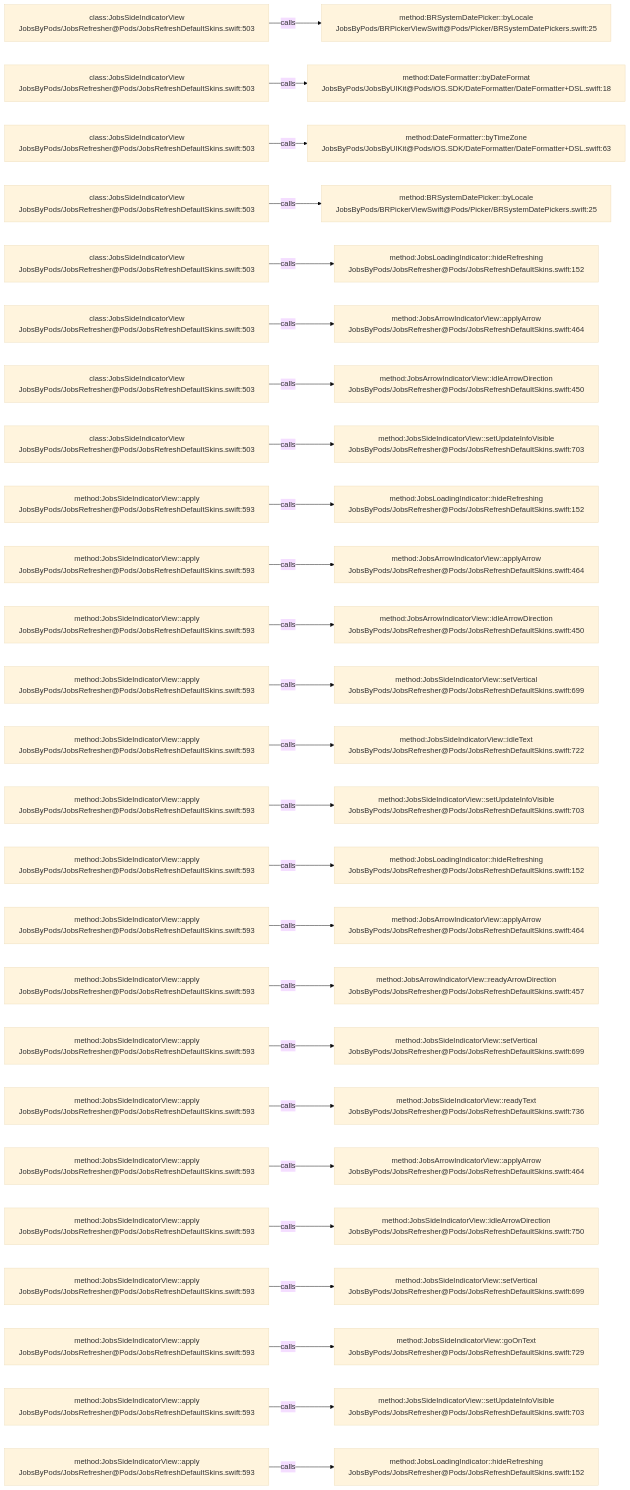
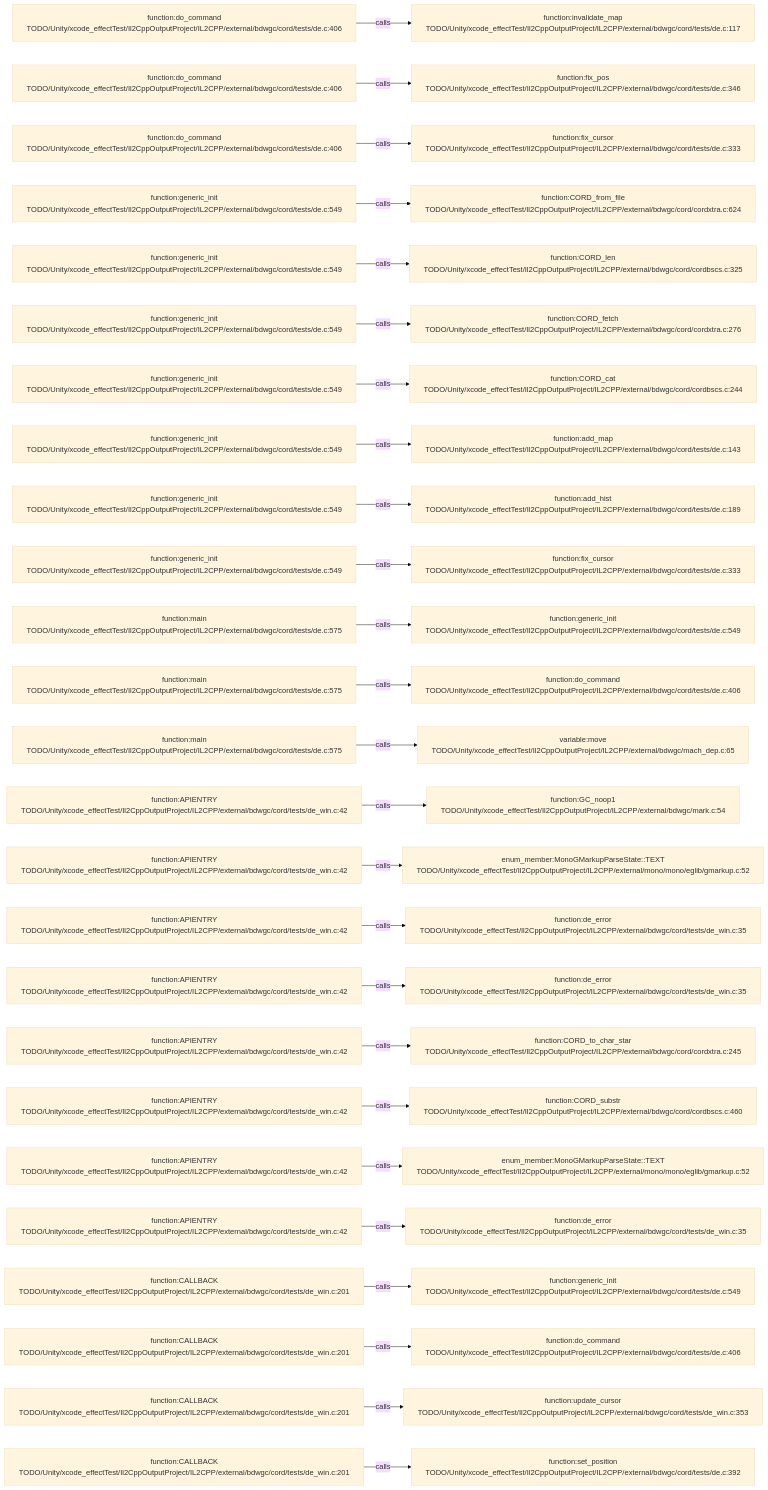
The diagram in .codegraph/codegraph.md/graphs/calls-162.md (JobsKits/JobsSwiftBaseConfigDemo), drawn with Mermaid (base theme) before and after one commit. The commit also changed 569 other files, not shown here.

````diff
--- a/.codegraph/codegraph.md/graphs/calls-162.md
+++ b/.codegraph/codegraph.md/graphs/calls-162.md
@@ -13,78 +13,78 @@
 ```mermaid
 flowchart LR
-  S1["class:JobsSideIndicatorView<br/>JobsByPods/JobsRefresher@Pods/JobsRefreshDefaultSkins.swift:503"]
-  T1["method:BRSystemDatePicker::byLocale<br/>JobsByPods/BRPickerViewSwift@Pods/Picker/BRSystemDatePickers.swift:25"]
+  S1["function:do_command<br/>TODO/Unity/xcode_effectTest/Il2CppOutputProject/IL2CPP/external/bdwgc/cord/tests/de.c:406"]
+  T1["function:invalidate_map<br/>TODO/Unity/xcode_effectTest/Il2CppOutputProject/IL2CPP/external/bdwgc/cord/tests/de.c:117"]
   S1 -->|calls| T1
-  S2["class:JobsSideIndicatorView<br/>JobsByPods/JobsRefresher@Pods/JobsRefreshDefaultSkins.swift:503"]
-  T2["method:DateFormatter::byDateFormat<br/>JobsByPods/JobsByUIKit@Pods/iOS.SDK/DateFormatter/DateFormatter+DSL.swift:18"]
+  S2["function:do_command<br/>TODO/Unity/xcode_effectTest/Il2CppOutputProject/IL2CPP/external/bdwgc/cord/tests/de.c:406"]
+  T2["function:fix_pos<br/>TODO/Unity/xcode_effectTest/Il2CppOutputProject/IL2CPP/external/bdwgc/cord/tests/de.c:346"]
   S2 -->|calls| T2
-  S3["class:JobsSideIndicatorView<br/>JobsByPods/JobsRefresher@Pods/JobsRefreshDefaultSkins.swift:503"]
-  T3["method:DateFormatter::byTimeZone<br/>JobsByPods/JobsByUIKit@Pods/iOS.SDK/DateFormatter/DateFormatter+DSL.swift:63"]
+  S3["function:do_command<br/>TODO/Unity/xcode_effectTest/Il2CppOutputProject/IL2CPP/external/bdwgc/cord/tests/de.c:406"]
+  T3["function:fix_cursor<br/>TODO/Unity/xcode_effectTest/Il2CppOutputProject/IL2CPP/external/bdwgc/cord/tests/de.c:333"]
   S3 -->|calls| T3
-  S4["class:JobsSideIndicatorView<br/>JobsByPods/JobsRefresher@Pods/JobsRefreshDefaultSkins.swift:503"]
-  T4["method:BRSystemDatePicker::byLocale<br/>JobsByPods/BRPickerViewSwift@Pods/Picker/BRSystemDatePickers.swift:25"]
+  S4["function:generic_init<br/>TODO/Unity/xcode_effectTest/Il2CppOutputProject/IL2CPP/external/bdwgc/cord/tests/de.c:549"]
+  T4["function:CORD_from_file<br/>TODO/Unity/xcode_effectTest/Il2CppOutputProject/IL2CPP/external/bdwgc/cord/cordxtra.c:624"]
   S4 -->|calls| T4
-  S5["class:JobsSideIndicatorView<br/>JobsByPods/JobsRefresher@Pods/JobsRefreshDefaultSkins.swift:503"]
-  T5["method:JobsLoadingIndicator::hideRefreshing<br/>JobsByPods/JobsRefresher@Pods/JobsRefreshDefaultSkins.swift:152"]
+  S5["function:generic_init<br/>TODO/Unity/xcode_effectTest/Il2CppOutputProject/IL2CPP/external/bdwgc/cord/tests/de.c:549"]
+  T5["function:CORD_len<br/>TODO/Unity/xcode_effectTest/Il2CppOutputProject/IL2CPP/external/bdwgc/cord/cordbscs.c:325"]
   S5 -->|calls| T5
-  S6["class:JobsSideIndicatorView<br/>JobsByPods/JobsRefresher@Pods/JobsRefreshDefaultSkins.swift:503"]
-  T6["method:JobsArrowIndicatorView::applyArrow<br/>JobsByPods/JobsRefresher@Pods/JobsRefreshDefaultSkins.swift:464"]
+  S6["function:generic_init<br/>TODO/Unity/xcode_effectTest/Il2CppOutputProject/IL2CPP/external/bdwgc/cord/tests/de.c:549"]
+  T6["function:CORD_fetch<br/>TODO/Unity/xcode_effectTest/Il2CppOutputProject/IL2CPP/external/bdwgc/cord/cordxtra.c:276"]
   S6 -->|calls| T6
-  S7["class:JobsSideIndicatorView<br/>JobsByPods/JobsRefresher@Pods/JobsRefreshDefaultSkins.swift:503"]
-  T7["method:JobsArrowIndicatorView::idleArrowDirection<br/>JobsByPods/JobsRefresher@Pods/JobsRefreshDefaultSkins.swift:450"]
+  S7["function:generic_init<br/>TODO/Unity/xcode_effectTest/Il2CppOutputProject/IL2CPP/external/bdwgc/cord/tests/de.c:549"]
+  T7["function:CORD_cat<br/>TODO/Unity/xcode_effectTest/Il2CppOutputProject/IL2CPP/external/bdwgc/cord/cordbscs.c:244"]
   S7 -->|calls| T7
-  S8["class:JobsSideIndicatorView<br/>JobsByPods/JobsRefresher@Pods/JobsRefreshDefaultSkins.swift:503"]
-  T8["method:JobsSideIndicatorView::setUpdateInfoVisible<br/>JobsByPods/JobsRefresher@Pods/JobsRefreshDefaultSkins.swift:703"]
+  S8["function:generic_init<br/>TODO/Unity/xcode_effectTest/Il2CppOutputProject/IL2CPP/external/bdwgc/cord/tests/de.c:549"]
+  T8["function:add_map<br/>TODO/Unity/xcode_effectTest/Il2CppOutputProject/IL2CPP/external/bdwgc/cord/tests/de.c:143"]
   S8 -->|calls| T8
-  S9["method:JobsSideIndicatorView::apply<br/>JobsByPods/JobsRefresher@Pods/JobsRefreshDefaultSkins.swift:593"]
-  T9["method:JobsLoadingIndicator::hideRefreshing<br/>JobsByPods/JobsRefresher@Pods/JobsRefreshDefaultSkins.swift:152"]
+  S9["function:generic_init<br/>TODO/Unity/xcode_effectTest/Il2CppOutputProject/IL2CPP/external/bdwgc/cord/tests/de.c:549"]
+  T9["function:add_hist<br/>TODO/Unity/xcode_effectTest/Il2CppOutputProject/IL2CPP/external/bdwgc/cord/tests/de.c:189"]
   S9 -->|calls| T9
-  S10["method:JobsSideIndicatorView::apply<br/>JobsByPods/JobsRefresher@Pods/JobsRefreshDefaultSkins.swift:593"]
-  T10["method:JobsArrowIndicatorView::applyArrow<br/>JobsByPods/JobsRefresher@Pods/JobsRefreshDefaultSkins.swift:464"]
+  S10["function:generic_init<br/>TODO/Unity/xcode_effectTest/Il2CppOutputProject/IL2CPP/external/bdwgc/cord/tests/de.c:549"]
+  T10["function:fix_cursor<br/>TODO/Unity/xcode_effectTest/Il2CppOutputProject/IL2CPP/external/bdwgc/cord/tests/de.c:333"]
   S10 -->|calls| T10
-  S11["method:JobsSideIndicatorView::apply<br/>JobsByPods/JobsRefresher@Pods/JobsRefreshDefaultSkins.swift:593"]
-  T11["method:JobsArrowIndicatorView::idleArrowDirection<br/>JobsByPods/JobsRefresher@Pods/JobsRefreshDefaultSkins.swift:450"]
+  S11["function:main<br/>TODO/Unity/xcode_effectTest/Il2CppOutputProject/IL2CPP/external/bdwgc/cord/tests/de.c:575"]
+  T11["function:generic_init<br/>TODO/Unity/xcode_effectTest/Il2CppOutputProject/IL2CPP/external/bdwgc/cord/tests/de.c:549"]
   S11 -->|calls| T11
-  S12["method:JobsSideIndicatorView::apply<br/>JobsByPods/JobsRefresher@Pods/JobsRefreshDefaultSkins.swift:593"]
-  T12["method:JobsSideIndicatorView::setVertical<br/>JobsByPods/JobsRefresher@Pods/JobsRefreshDefaultSkins.swift:699"]
+  S12["function:main<br/>TODO/Unity/xcode_effectTest/Il2CppOutputProject/IL2CPP/external/bdwgc/cord/tests/de.c:575"]
+  T12["function:do_command<br/>TODO/Unity/xcode_effectTest/Il2CppOutputProject/IL2CPP/external/bdwgc/cord/tests/de.c:406"]
   S12 -->|calls| T12
-  S13["method:JobsSideIndicatorView::apply<br/>JobsByPods/JobsRefresher@Pods/JobsRefreshDefaultSkins.swift:593"]
-  T13["method:JobsSideIndicatorView::idleText<br/>JobsByPods/JobsRefresher@Pods/JobsRefreshDefaultSkins.swift:722"]
+  S13["function:main<br/>TODO/Unity/xcode_effectTest/Il2CppOutputProject/IL2CPP/external/bdwgc/cord/tests/de.c:575"]
+  T13["variable:move<br/>TODO/Unity/xcode_effectTest/Il2CppOutputProject/IL2CPP/external/bdwgc/mach_dep.c:65"]
   S13 -->|calls| T13
-  S14["method:JobsSideIndicatorView::apply<br/>JobsByPods/JobsRefresher@Pods/JobsRefreshDefaultSkins.swift:593"]
-  T14["method:JobsSideIndicatorView::setUpdateInfoVisible<br/>JobsByPods/JobsRefresher@Pods/JobsRefreshDefaultSkins.swift:703"]
+  S14["function:APIENTRY<br/>TODO/Unity/xcode_effectTest/Il2CppOutputProject/IL2CPP/external/bdwgc/cord/tests/de_win.c:42"]
+  T14["function:GC_noop1<br/>TODO/Unity/xcode_effectTest/Il2CppOutputProject/IL2CPP/external/bdwgc/mark.c:54"]
   S14 -->|calls| T14
-  S15["method:JobsSideIndicatorView::apply<br/>JobsByPods/JobsRefresher@Pods/JobsRefreshDefaultSkins.swift:593"]
-  T15["method:JobsLoadingIndicator::hideRefreshing<br/>JobsByPods/JobsRefresher@Pods/JobsRefreshDefaultSkins.swift:152"]
+  S15["function:APIENTRY<br/>TODO/Unity/xcode_effectTest/Il2CppOutputProject/IL2CPP/external/bdwgc/cord/tests/de_win.c:42"]
+  T15["enum_member:MonoGMarkupParseState::TEXT<br/>TODO/Unity/xcode_effectTest/Il2CppOutputProject/IL2CPP/external/mono/mono/eglib/gmarkup.c:52"]
   S15 -->|calls| T15
-  S16["method:JobsSideIndicatorView::apply<br/>JobsByPods/JobsRefresher@Pods/JobsRefreshDefaultSkins.swift:593"]
-  T16["method:JobsArrowIndicatorView::applyArrow<br/>JobsByPods/JobsRefresher@Pods/JobsRefreshDefaultSkins.swift:464"]
+  S16["function:APIENTRY<br/>TODO/Unity/xcode_effectTest/Il2CppOutputProject/IL2CPP/external/bdwgc/cord/tests/de_win.c:42"]
+  T16["function:de_error<br/>TODO/Unity/xcode_effectTest/Il2CppOutputProject/IL2CPP/external/bdwgc/cord/tests/de_win.c:35"]
   S16 -->|calls| T16
-  S17["method:JobsSideIndicatorView::apply<br/>JobsByPods/JobsRefresher@Pods/JobsRefreshDefaultSkins.swift:593"]
-  T17["method:JobsArrowIndicatorView::readyArrowDirection<br/>JobsByPods/JobsRefresher@Pods/JobsRefreshDefaultSkins.swift:457"]
+  S17["function:APIENTRY<br/>TODO/Unity/xcode_effectTest/Il2CppOutputProject/IL2CPP/external/bdwgc/cord/tests/de_win.c:42"]
+  T17["function:de_error<br/>TODO/Unity/xcode_effectTest/Il2CppOutputProject/IL2CPP/external/bdwgc/cord/tests/de_win.c:35"]
   S17 -->|calls| T17
-  S18["method:JobsSideIndicatorView::apply<br/>JobsByPods/JobsRefresher@Pods/JobsRefreshDefaultSkins.swift:593"]
-  T18["method:JobsSideIndicatorView::setVertical<br/>JobsByPods/JobsRefresher@Pods/JobsRefreshDefaultSkins.swift:699"]
+  S18["function:APIENTRY<br/>TODO/Unity/xcode_effectTest/Il2CppOutputProject/IL2CPP/external/bdwgc/cord/tests/de_win.c:42"]
+  T18["function:CORD_to_char_star<br/>TODO/Unity/xcode_effectTest/Il2CppOutputProject/IL2CPP/external/bdwgc/cord/cordxtra.c:245"]
   S18 -->|calls| T18
-  S19["method:JobsSideIndicatorView::apply<br/>JobsByPods/JobsRefresher@Pods/JobsRefreshDefaultSkins.swift:593"]
-  T19["method:JobsSideIndicatorView::readyText<br/>JobsByPods/JobsRefresher@Pods/JobsRefreshDefaultSkins.swift:736"]
+  S19["function:APIENTRY<br/>TODO/Unity/xcode_effectTest/Il2CppOutputProject/IL2CPP/external/bdwgc/cord/tests/de_win.c:42"]
+  T19["function:CORD_substr<br/>TODO/Unity/xcode_effectTest/Il2CppOutputProject/IL2CPP/external/bdwgc/cord/cordbscs.c:460"]
   S19 -->|calls| T19
-  S20["method:JobsSideIndicatorView::apply<br/>JobsByPods/JobsRefresher@Pods/JobsRefreshDefaultSkins.swift:593"]
-  T20["method:JobsArrowIndicatorView::applyArrow<br/>JobsByPods/JobsRefresher@Pods/JobsRefreshDefaultSkins.swift:464"]
+  S20["function:APIENTRY<br/>TODO/Unity/xcode_effectTest/Il2CppOutputProject/IL2CPP/external/bdwgc/cord/tests/de_win.c:42"]
+  T20["enum_member:MonoGMarkupParseState::TEXT<br/>TODO/Unity/xcode_effectTest/Il2CppOutputProject/IL2CPP/external/mono/mono/eglib/gmarkup.c:52"]
   S20 -->|calls| T20
-  S21["method:JobsSideIndicatorView::apply<br/>JobsByPods/JobsRefresher@Pods/JobsRefreshDefaultSkins.swift:593"]
-  T21["method:JobsSideIndicatorView::idleArrowDirection<br/>JobsByPods/JobsRefresher@Pods/JobsRefreshDefaultSkins.swift:750"]
+  S21["function:APIENTRY<br/>TODO/Unity/xcode_effectTest/Il2CppOutputProject/IL2CPP/external/bdwgc/cord/tests/de_win.c:42"]
+  T21["function:de_error<br/>TODO/Unity/xcode_effectTest/Il2CppOutputProject/IL2CPP/external/bdwgc/cord/tests/de_win.c:35"]
   S21 -->|calls| T21
-  S22["method:JobsSideIndicatorView::apply<br/>JobsByPods/JobsRefresher@Pods/JobsRefreshDefaultSkins.swift:593"]
-  T22["method:JobsSideIndicatorView::setVertical<br/>JobsByPods/JobsRefresher@Pods/JobsRefreshDefaultSkins.swift:699"]
+  S22["function:CALLBACK<br/>TODO/Unity/xcode_effectTest/Il2CppOutputProject/IL2CPP/external/bdwgc/cord/tests/de_win.c:201"]
+  T22["function:generic_init<br/>TODO/Unity/xcode_effectTest/Il2CppOutputProject/IL2CPP/external/bdwgc/cord/tests/de.c:549"]
   S22 -->|calls| T22
-  S23["method:JobsSideIndicatorView::apply<br/>JobsByPods/JobsRefresher@Pods/JobsRefreshDefaultSkins.swift:593"]
-  T23["method:JobsSideIndicatorView::goOnText<br/>JobsByPods/JobsRefresher@Pods/JobsRefreshDefaultSkins.swift:729"]
+  S23["function:CALLBACK<br/>TODO/Unity/xcode_effectTest/Il2CppOutputProject/IL2CPP/external/bdwgc/cord/tests/de_win.c:201"]
+  T23["function:do_command<br/>TODO/Unity/xcode_effectTest/Il2CppOutputProject/IL2CPP/external/bdwgc/cord/tests/de.c:406"]
   S23 -->|calls| T23
-  S24["method:JobsSideIndicatorView::apply<br/>JobsByPods/JobsRefresher@Pods/JobsRefreshDefaultSkins.swift:593"]
-  T24["method:JobsSideIndicatorView::setUpdateInfoVisible<br/>JobsByPods/JobsRefresher@Pods/JobsRefreshDefaultSkins.swift:703"]
+  S24["function:CALLBACK<br/>TODO/Unity/xcode_effectTest/Il2CppOutputProject/IL2CPP/external/bdwgc/cord/tests/de_win.c:201"]
+  T24["function:update_cursor<br/>TODO/Unity/xcode_effectTest/Il2CppOutputProject/IL2CPP/external/bdwgc/cord/tests/de_win.c:353"]
   S24 -->|calls| T24
-  S25["method:JobsSideIndicatorView::apply<br/>JobsByPods/JobsRefresher@Pods/JobsRefreshDefaultSkins.swift:593"]
-  T25["method:JobsLoadingIndicator::hideRefreshing<br/>JobsByPods/JobsRefresher@Pods/JobsRefreshDefaultSkins.swift:152"]
+  S25["function:CALLBACK<br/>TODO/Unity/xcode_effectTest/Il2CppOutputProject/IL2CPP/external/bdwgc/cord/tests/de_win.c:201"]
+  T25["function:set_position<br/>TODO/Unity/xcode_effectTest/Il2CppOutputProject/IL2CPP/external/bdwgc/cord/tests/de.c:392"]
   S25 -->|calls| T25
 ```
````
